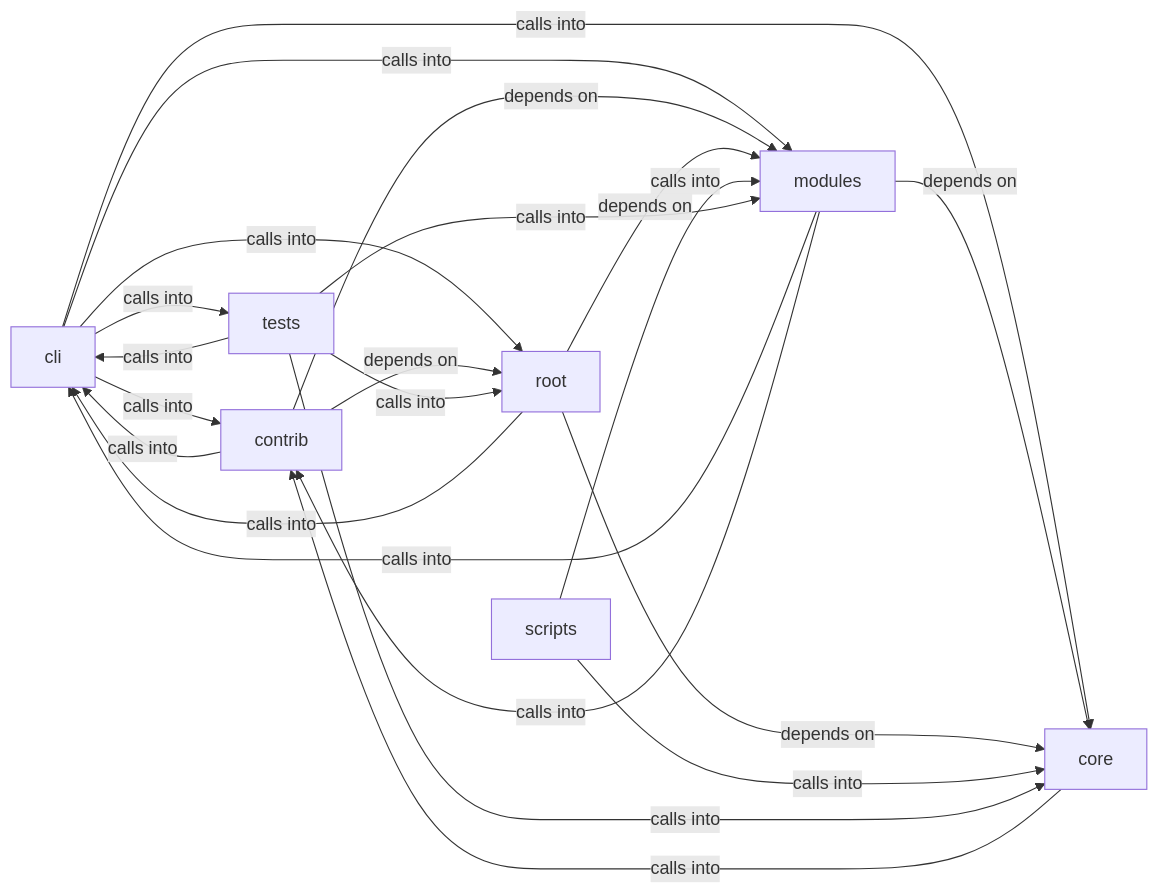
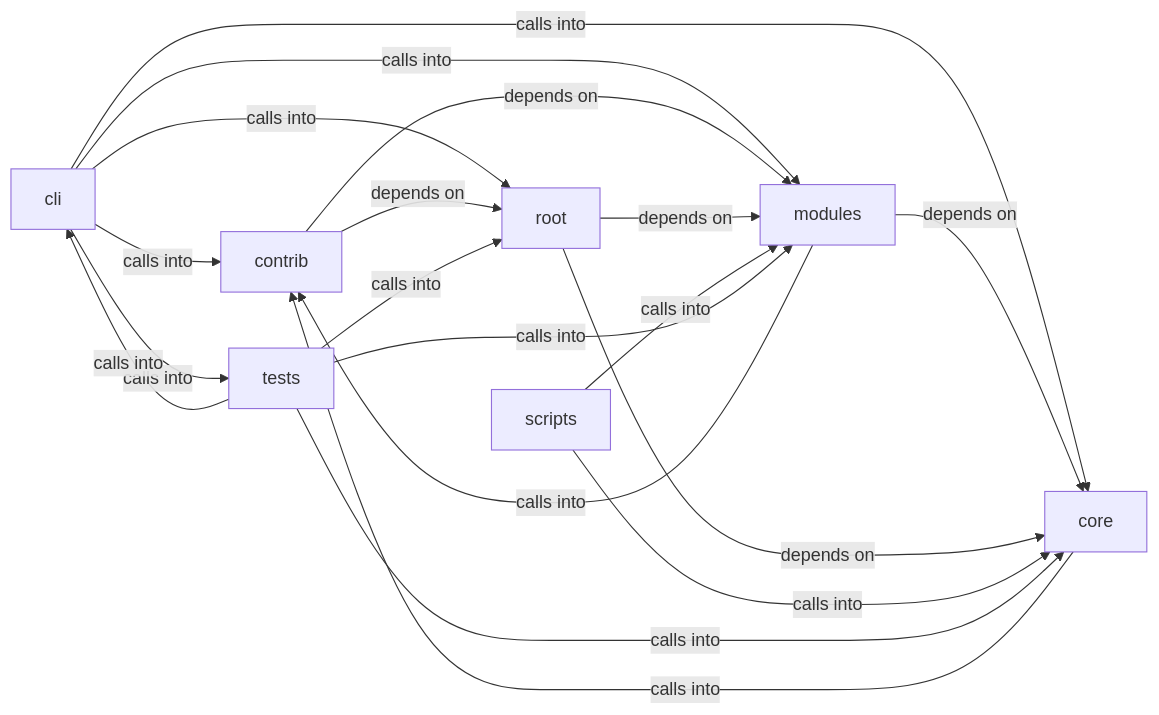
Before and after one commit to grisuno/LazyOwn: the diagram in readmenator-diagrams/cli_commands.md, drawn with Mermaid. The commit also changed other lines of this file and 424 other files, not shown here.

````diff
--- a/readmenator-diagrams/cli_commands.md
+++ b/readmenator-diagrams/cli_commands.md
@@ -5,31 +5,28 @@
 ```mermaid
 graph LR
     cli["cli"]
     contrib["contrib"]
     core["core"]
     modules["modules"]
     root["root"]
     scripts["scripts"]
     tests["tests"]
     cli -- "calls into" --> contrib
     cli -- "calls into" --> core
     cli -- "calls into" --> modules
     cli -- "calls into" --> root
     cli -- "calls into" --> tests
-    contrib -- "calls into" --> cli
     contrib -- "depends on" --> modules
     contrib -- "depends on" --> root
     core -- "calls into" --> contrib
-    modules -- "calls into" --> cli
     modules -- "calls into" --> contrib
     modules -- "depends on" --> core
-    root -- "calls into" --> cli
     root -- "depends on" --> core
     root -- "depends on" --> modules
     scripts -- "calls into" --> core
     scripts -- "calls into" --> modules
     tests -- "calls into" --> cli
     tests -- "calls into" --> core
     tests -- "calls into" --> modules
     tests -- "calls into" --> root
 ```
````
